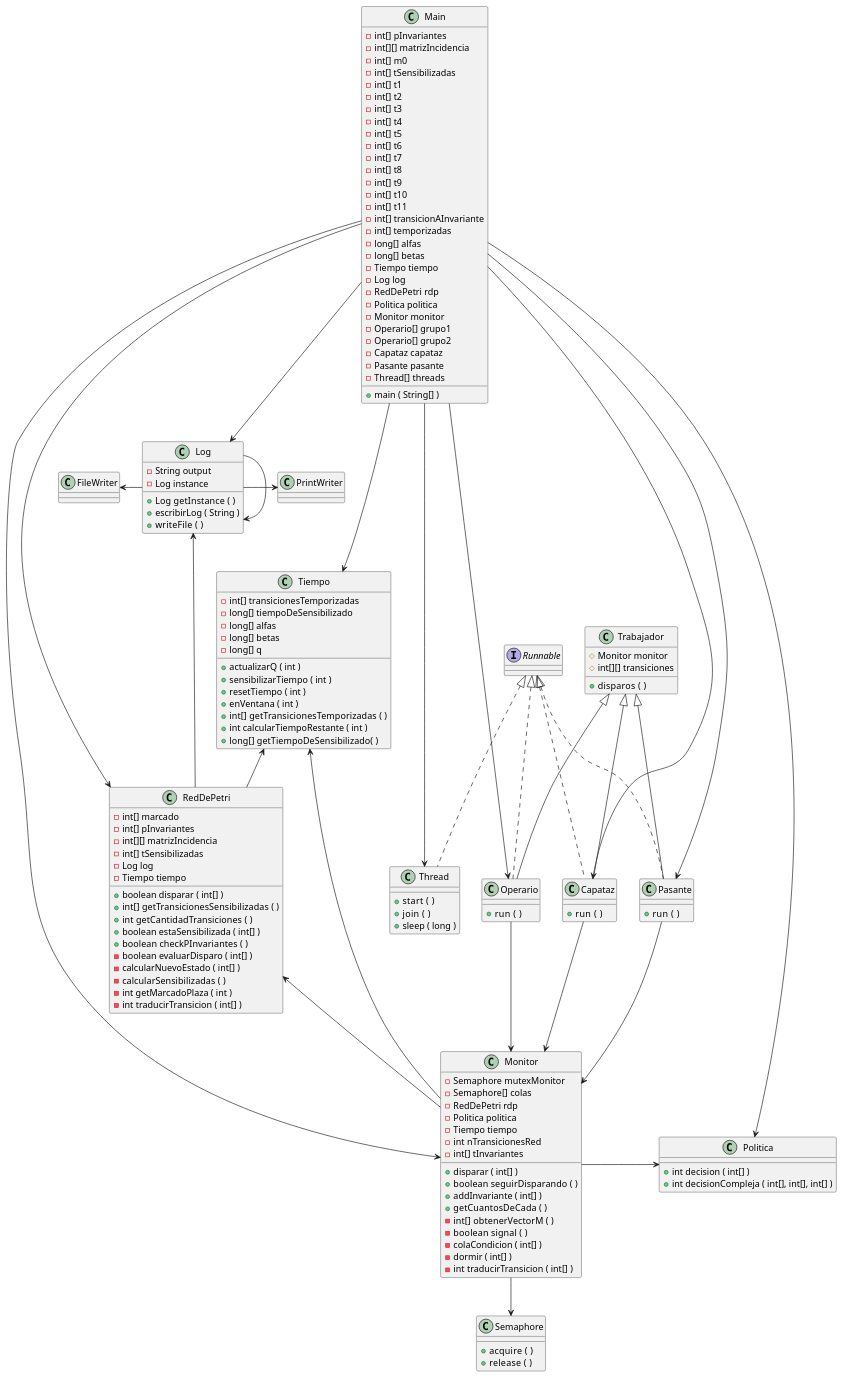
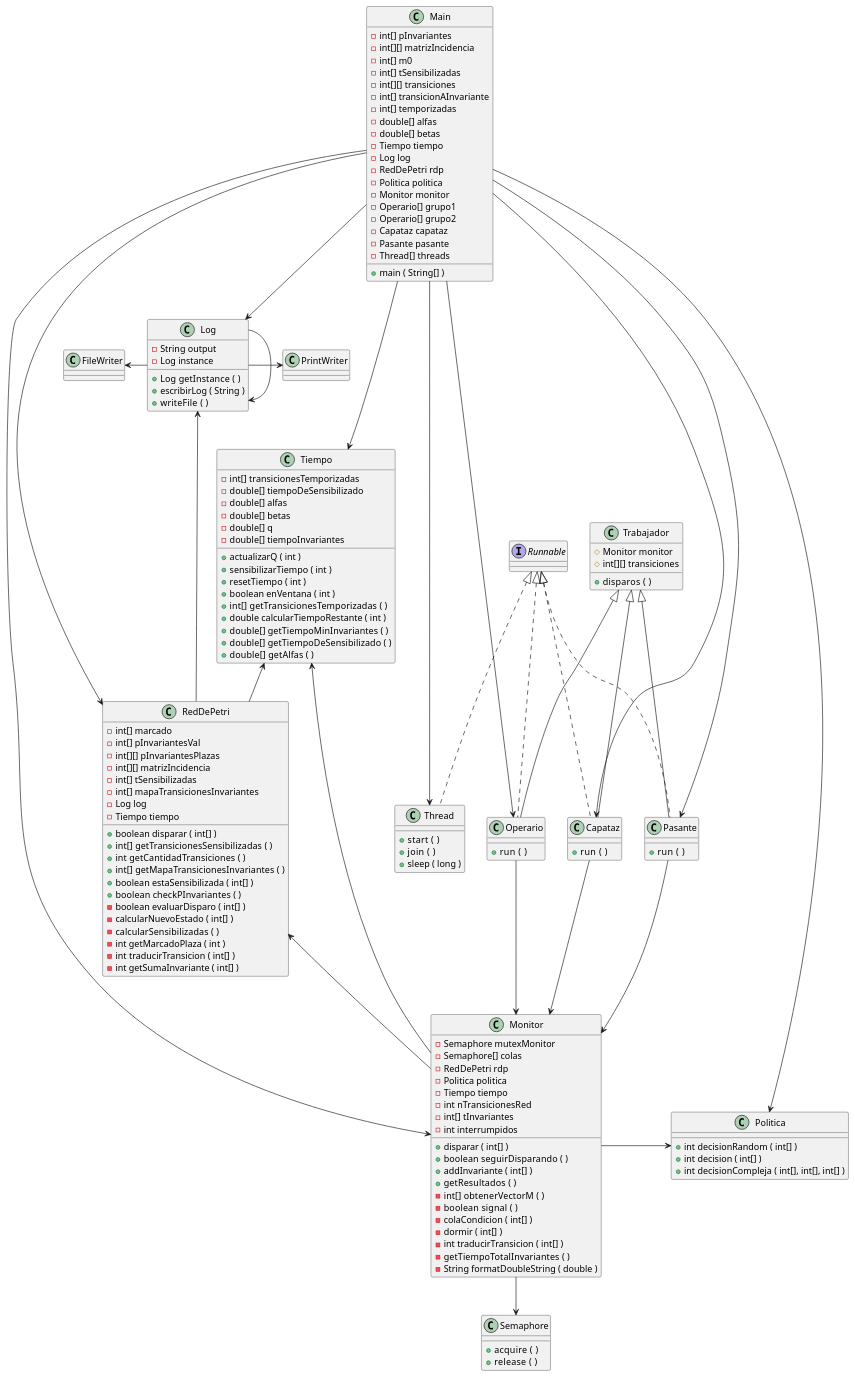
One commit to frandaniele/TP_Concurrente changed the diagram in doc/diagramas/clases.puml. Above: the diagram before and after it, drawn with PlantUML. The commit also changed 1 other file, not shown here.

Commit message:
doc: diagramas actualizados

```diff
--- a/doc/diagramas/clases.puml
+++ b/doc/diagramas/clases.puml
@@ -1,172 +1,173 @@
 @startuml clases
 
 class Trabajador {
     # Monitor monitor
     # int[][] transiciones
     + disparos (  )    
 }
 
 class Capataz {
     + run (  )    
 }
 
 class Pasante {
     + run (  )    
 }
 
 class Operario {
     + run (  )    
 }
 
 class Politica {
+    + int decisionRandom ( int[] )
     + int decision ( int[] )
     + int decisionCompleja ( int[], int[], int[] )
 }
 
 class Tiempo {
     - int[] transicionesTemporizadas
-    - long[] tiempoDeSensibilizado
-    - long[] alfas
-    - long[] betas
-    - long[] q
+    - double[] tiempoDeSensibilizado
+    - double[] alfas
+    - double[] betas
+    - double[] q
+    - double[] tiempoInvariantes
     + actualizarQ ( int )
     + sensibilizarTiempo ( int )
     + resetTiempo ( int )
-    + enVentana ( int )
+    + boolean enVentana ( int )
     + int[] getTransicionesTemporizadas (  )
-    + int calcularTiempoRestante ( int )
-    + long[] getTiempoDeSensibilizado(  )
+    + double calcularTiempoRestante ( int )
+    + double[] getTiempoMinInvariantes (  )
+    + double[] getTiempoDeSensibilizado (  )
+    + double[] getAlfas (  )
 }
 
 class Log {
     - String output
     - Log instance
     + Log getInstance (  )
     + escribirLog ( String )
     + writeFile (  )
 }
 
 class RedDePetri {
     - int[] marcado
-    - int[] pInvariantes
+    - int[] pInvariantesVal
+    - int[][] pInvariantesPlazas
     - int[][] matrizIncidencia
     - int[] tSensibilizadas
+    - int[] mapaTransicionesInvariantes
     - Log log
     - Tiempo tiempo
     + boolean disparar ( int[] )
     + int[] getTransicionesSensibilizadas (  )
     + int getCantidadTransiciones (  )
+    + int[] getMapaTransicionesInvariantes (  )
     + boolean estaSensibilizada ( int[] )
     + boolean checkPInvariantes (  )
     - boolean evaluarDisparo ( int[] )
     - calcularNuevoEstado ( int[] )
     - calcularSensibilizadas (  )
     - int getMarcadoPlaza ( int )
     - int traducirTransicion ( int[] )
+    - int getSumaInvariante ( int[] )
 }
 
 class Monitor {
     - Semaphore mutexMonitor
     - Semaphore[] colas
     - RedDePetri rdp
     - Politica politica
     - Tiempo tiempo
     - int nTransicionesRed
     - int[] tInvariantes
+    - int interrumpidos
     + disparar ( int[] )
     + boolean seguirDisparando (  )
     + addInvariante ( int[] )
-    + getCuantosDeCada (  )
+    + getResultados (  )
     - int[] obtenerVectorM (  )
     - boolean signal (  )
     - colaCondicion ( int[] )
     - dormir ( int[] )
     - int traducirTransicion ( int[] )
+    - getTiempoTotalInvariantes (  )
+    - String formatDoubleString ( double )
 }
 
 class Main {
     + main ( String[] )
     - int[] pInvariantes
     - int[][] matrizIncidencia
     - int[] m0
     - int[] tSensibilizadas
-    - int[] t1
-    - int[] t2
-    - int[] t3
-    - int[] t4
-    - int[] t5
-    - int[] t6
-    - int[] t7
-    - int[] t8
-    - int[] t9
-    - int[] t10
-    - int[] t11
+    - int[][] transiciones
     - int[] transicionAInvariante
     - int[] temporizadas
-    - long[] alfas
-    - long[] betas
+    - double[] alfas
+    - double[] betas
     - Tiempo tiempo
     - Log log
     - RedDePetri rdp
     - Politica politica
     - Monitor monitor
     - Operario[] grupo1
     - Operario[] grupo2
     - Capataz capataz
     - Pasante pasante
     - Thread[] threads
 }
 
 class Semaphore {
     + acquire (  )
     + release (  )
 }
 
 class Thread {
     + start (  )
     + join (  )
     + sleep ( long )
 }
 
 interface Runnable
 
 class FileWriter
 
 class PrintWriter
 
 Monitor --> Semaphore
 RedDePetri <- Monitor
 Monitor -> Politica
 
 Runnable <|-. Capataz
 Runnable <|-. Operario
 Runnable <|-. Pasante
 Runnable <|-. Thread
 
 Trabajador <|-- Capataz
 Trabajador <|-- Operario
 Trabajador <|-- Pasante
 
 Capataz --> Monitor
 Pasante --> Monitor
 Operario --> Monitor
 
 Main --> Tiempo
 Main --> Log
 Main ----> Capataz
 Main ----> Operario
 Main ----> Pasante
 Main ----> Thread
 Main ----> RedDePetri
 Main ----> Politica
 Main -----> Monitor
 
 Tiempo <-- Monitor
 Tiempo <-- RedDePetri
 
 Log --> Log
 FileWriter <- Log
 Log -> PrintWriter
 Log <-- RedDePetri
 
 @enduml
```
